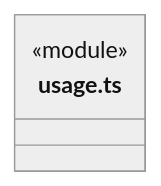
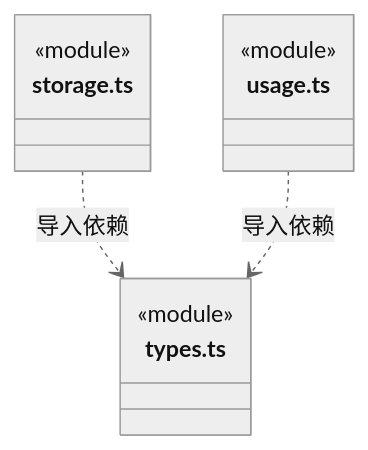
Before and after one commit to nan023062/cbim: the fifth of 18 diagrams in src/backend/core/brain/ARCHITECTURE.md, drawn with Mermaid (neutral theme). The commit also changed other lines of this file and 50 other files, not shown here.

````diff
--- a/src/backend/core/brain/ARCHITECTURE.md
+++ b/src/backend/core/brain/ARCHITECTURE.md
@@ -140,6 +140,14 @@
 ```mermaid
 classDiagram
+class N_src_backend_core_brain_storage_ts["storage.ts"] {
+  <<module>>
+}
+class N_src_backend_core_brain_types_ts["types.ts"] {
+  <<module>>
+}
 class N_src_backend_core_brain_usage_ts["usage.ts"] {
   <<module>>
 }
+N_src_backend_core_brain_storage_ts ..> N_src_backend_core_brain_types_ts : 导入依赖
+N_src_backend_core_brain_usage_ts ..> N_src_backend_core_brain_types_ts : 导入依赖
 ```
````
